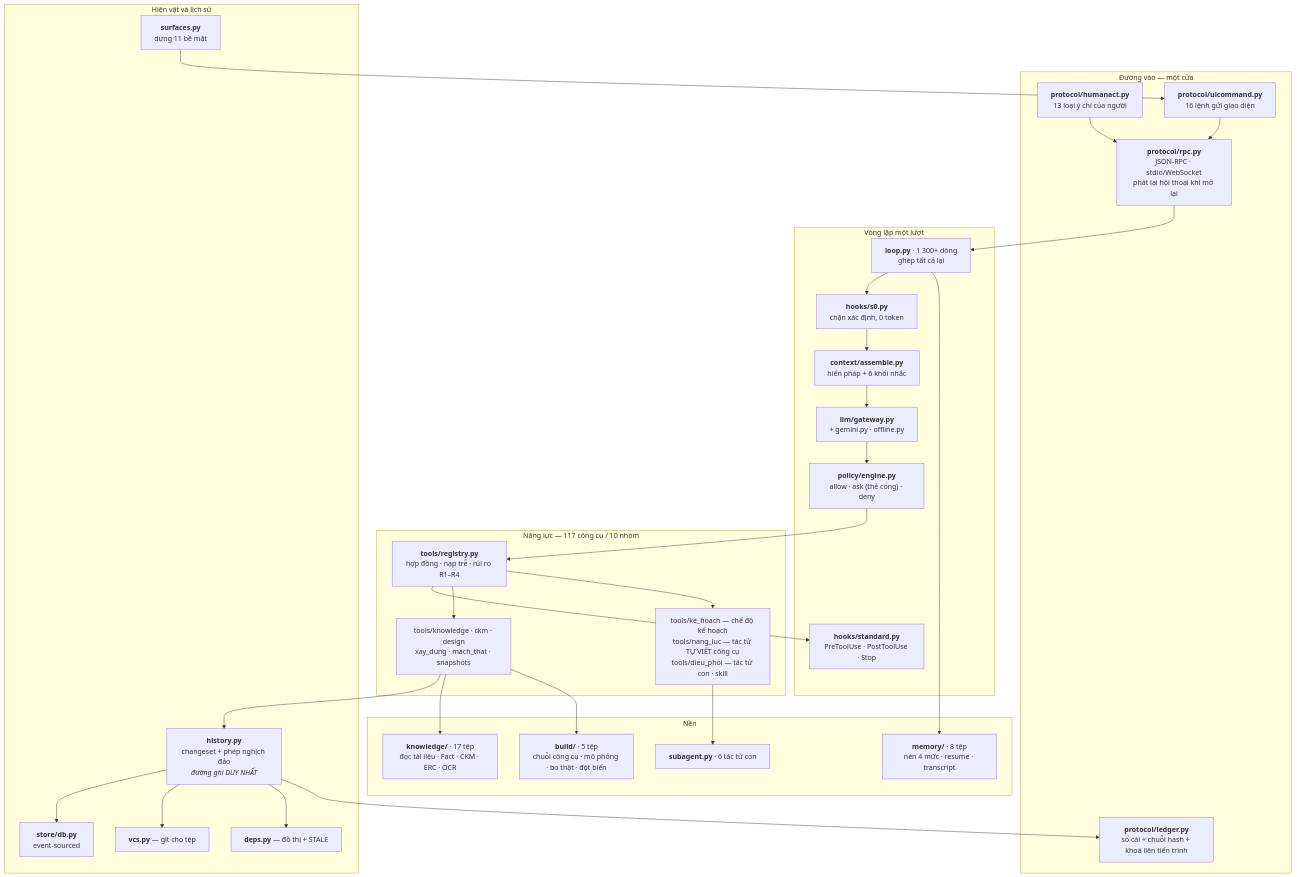
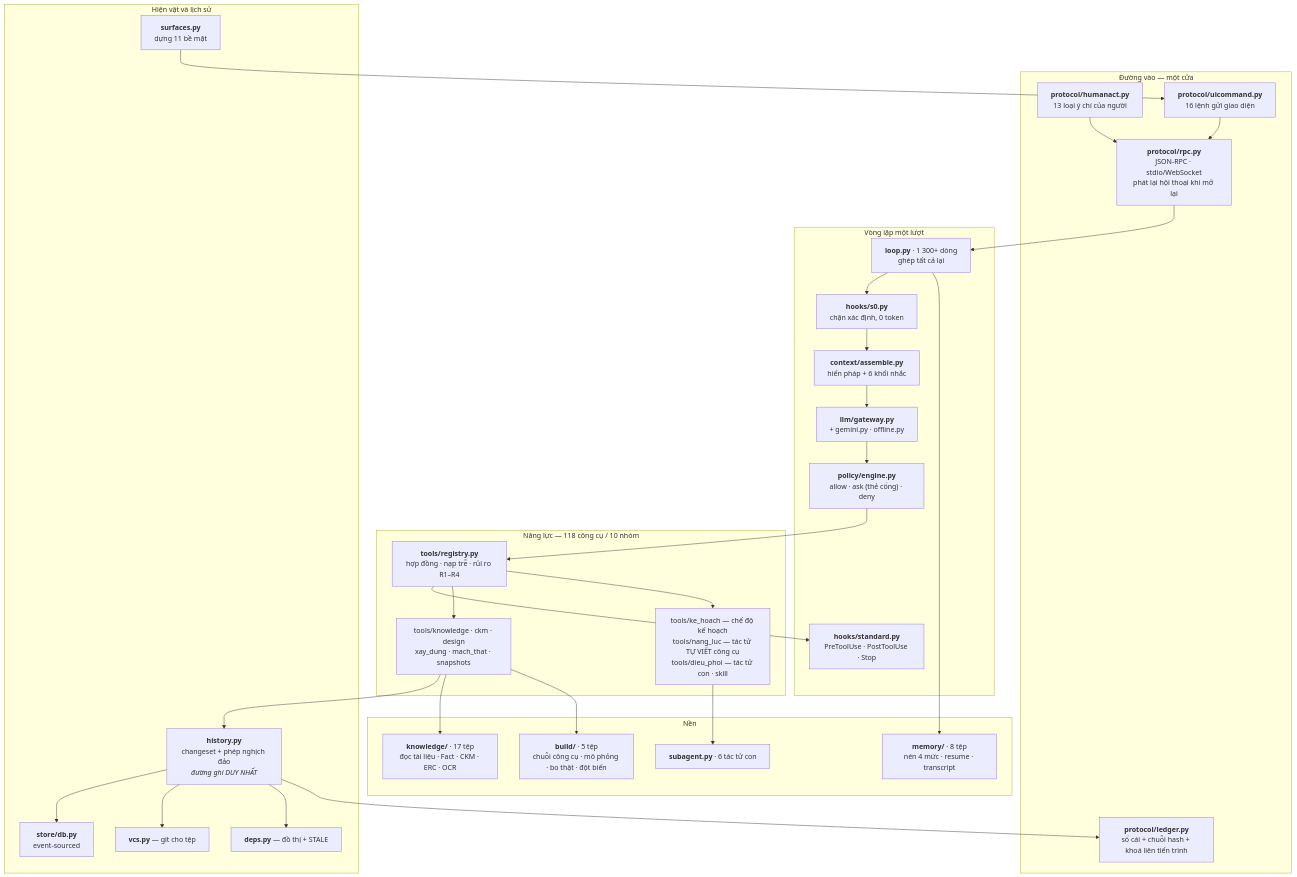
The third of 3 diagrams in docs/md/EIDE-C4-46_Kien_truc_theo_mo_hinh_C4.md (mobiluckvn/EIDEv3), drawn with Mermaid before and after one commit. The commit also changed other lines of this file and 4 other files, not shown here.

````diff
--- a/docs/md/EIDE-C4-46_Kien_truc_theo_mo_hinh_C4.md
+++ b/docs/md/EIDE-C4-46_Kien_truc_theo_mo_hinh_C4.md
@@ -123,50 +123,50 @@
 ```mermaid
 graph TB
     subgraph Vao["Đường vào — một cửa"]
         RPC["<b>protocol/rpc.py</b><br/>JSON-RPC · stdio/WebSocket<br/>phát lại hội thoại khi mở lại"]
         HA["<b>protocol/humanact.py</b><br/>13 loại ý chí của người"]
         UIC["<b>protocol/uicommand.py</b><br/>16 lệnh gửi giao diện"]
         LEDGER["<b>protocol/ledger.py</b><br/>sổ cái + chuỗi hash + khoá liên tiến trình"]
     end
 
     subgraph Vong["Vòng lặp một lượt"]
         LOOP["<b>loop.py</b> · 1 300+ dòng<br/>ghép tất cả lại"]
         S0["<b>hooks/s0.py</b><br/>chặn xác định, 0 token"]
         CTX["<b>context/assemble.py</b><br/>hiến pháp + 6 khối nhắc"]
         LLM["<b>llm/gateway.py</b><br/>+ gemini.py · offline.py"]
         POL["<b>policy/engine.py</b><br/>allow · ask (thẻ cổng) · deny"]
         HOOK["<b>hooks/standard.py</b><br/>PreToolUse · PostToolUse · Stop"]
     end
 
-    subgraph Nang["Năng lực — 117 công cụ / 10 nhóm"]
+    subgraph Nang["Năng lực — 118 công cụ / 10 nhóm"]
         REG["<b>tools/registry.py</b><br/>hợp đồng · nạp trễ · rủi ro R1–R4"]
         T1["tools/knowledge · ckm · design<br/>xay_dung · mach_that · snapshots"]
         T2["tools/ke_hoach — chế độ kế hoạch<br/>tools/nang_luc — tác tử TỰ VIẾT công cụ<br/>tools/dieu_phoi — tác tử con · skill"]
     end
 
     subgraph Hien["Hiện vật và lịch sử"]
         STORE["<b>store/db.py</b><br/>event-sourced"]
         HIST["<b>history.py</b><br/>changeset + phép nghịch đảo<br/><i>đường ghi DUY NHẤT</i>"]
         VCS["<b>vcs.py</b> — git cho tệp"]
         DEPS["<b>deps.py</b> — đồ thị + STALE"]
         SURF["<b>surfaces.py</b><br/>dựng 11 bề mặt"]
     end
 
     subgraph Nen["Nền"]
         KNOW["<b>knowledge/</b> · 17 tệp<br/>đọc tài liệu · Fact · CKM · ERC · OCR"]
         BUILD["<b>build/</b> · 5 tệp<br/>chuỗi công cụ · mô phỏng · bo thật · đột biến"]
         MEM["<b>memory/</b> · 8 tệp<br/>nén 4 mức · resume · transcript"]
         SUB["<b>subagent.py</b> · 6 tác tử con"]
     end
 
     RPC --> LOOP
     HA --> RPC
     LOOP --> S0 --> CTX --> LLM --> POL --> REG --> HOOK
     REG --> T1 & T2
     T1 --> HIST --> STORE & VCS & DEPS
     HIST --> LEDGER
     SURF --> UIC --> RPC
     T1 --> KNOW & BUILD
     LOOP --> MEM
     T2 --> SUB
 ```
````
